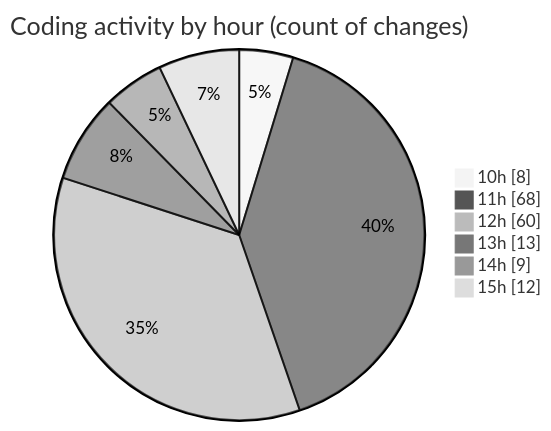
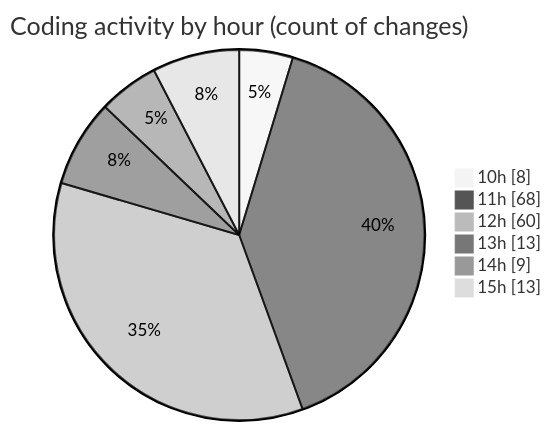
One commit to nxtqubesakshisongat/code-tracking changed the second of 2 diagrams in 2025-08-22/nxtqube_webapp/README.md. Above: the diagram before and after it, drawn with Mermaid (neutral theme). The commit also changed other lines of this file and 1 other file, not shown here.

````diff
--- a/2025-08-22/nxtqube_webapp/README.md
+++ b/2025-08-22/nxtqube_webapp/README.md
@@ -28,10 +28,10 @@
 ```mermaid
 pie showData
 title Coding activity by hour (count of changes)
 "10h" : 8
 "11h" : 68
 "12h" : 60
 "13h" : 13
 "14h" : 9
-"15h" : 12
+"15h" : 13
 ```
````
